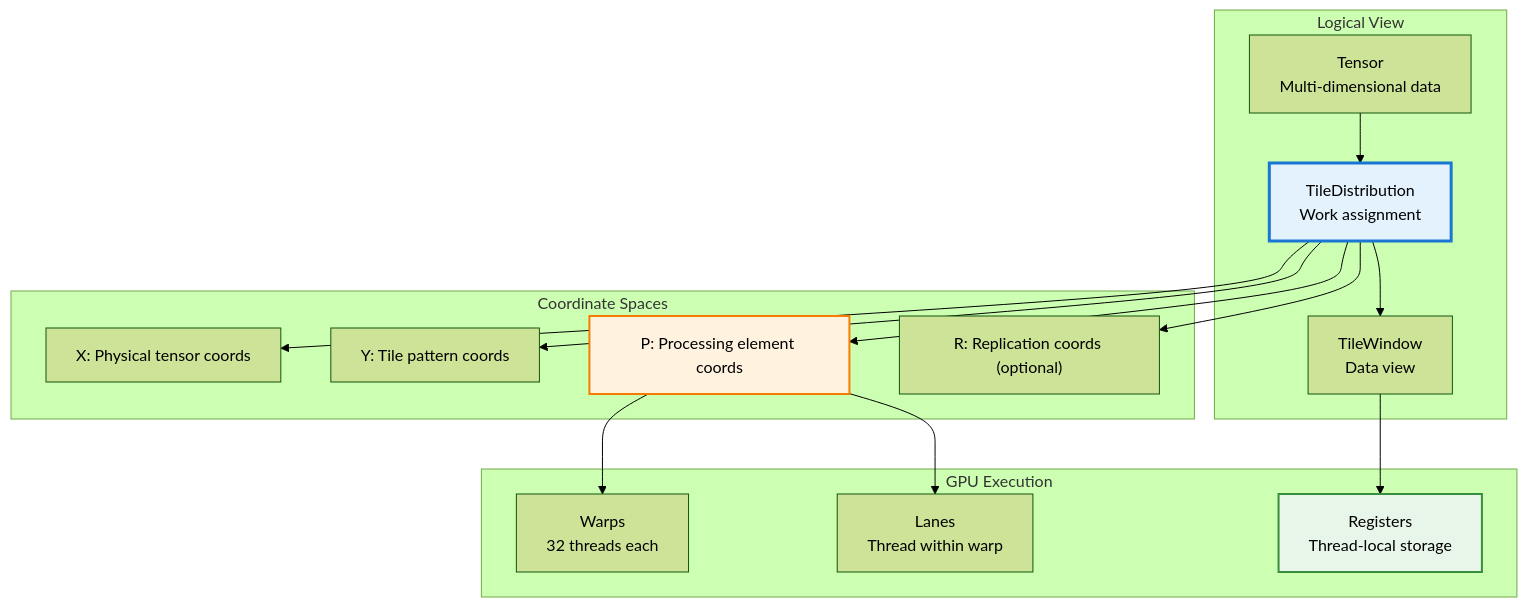
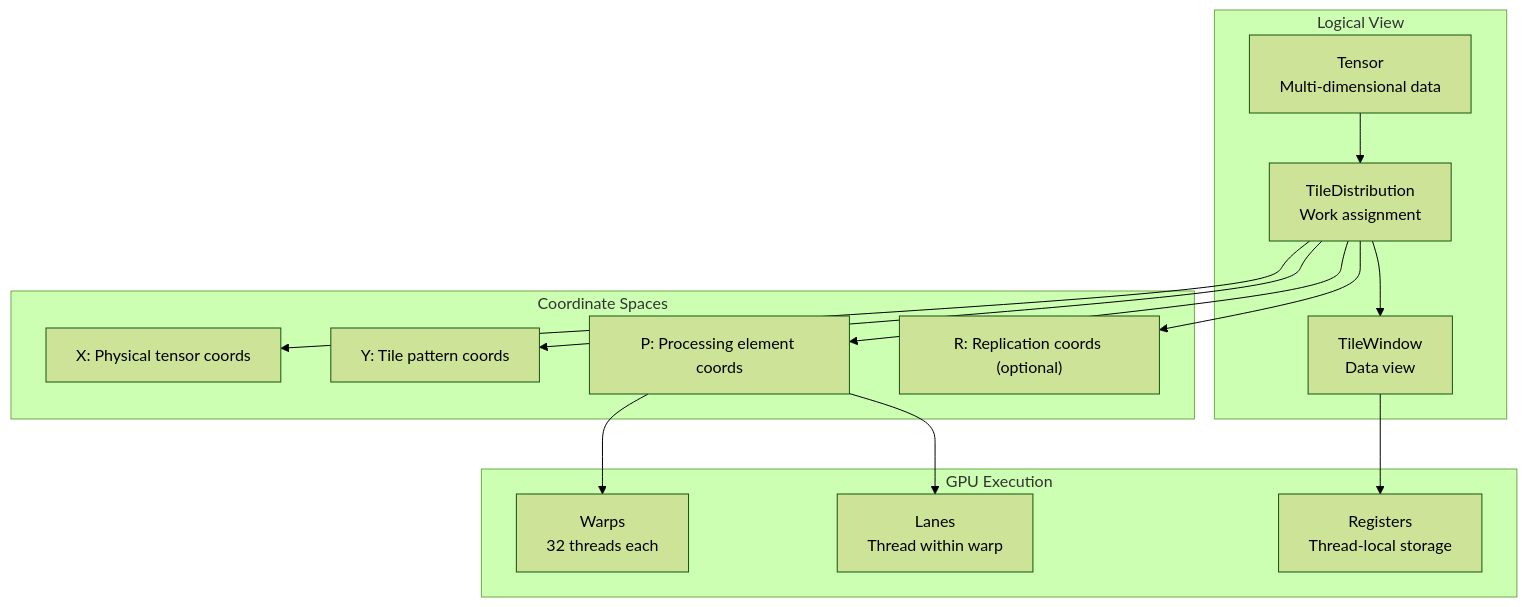
One commit to hdt98/rocm-libraries changed the first of 7 diagrams in projects/composablekernel/docs/conceptual/ck_tile/tile_distribution.rst. Above: the diagram before and after it, drawn with Mermaid (forest theme). The commit also changed other lines of this file and 21 other files, not shown here.

First line of the commit message:
[ck] Updated CK Tile documentation to use mermaid diagrams (#7955)

```diff
--- a/projects/composablekernel/docs/conceptual/ck_tile/tile_distribution.rst
+++ b/projects/composablekernel/docs/conceptual/ck_tile/tile_distribution.rst
@@ -25,37 +22,33 @@
-      .. mermaid::
-      
-         graph TB
-             subgraph "Logical View"
-                 T["Tensor<br/>Multi-dimensional data"]
-                 TD["TileDistribution<br/>Work assignment"]
-                 TW["TileWindow<br/>Data view"]
-             end
-   
-             subgraph "Coordinate Spaces"
-                 X["X: Physical tensor coords"]
-                 Y["Y: Tile pattern coords"]
-                 P["P: Processing element coords"]
-                 R["R: Replication coords (optional)"]
-             end
-   
-             subgraph "GPU Execution"
-                 W["Warps<br/>32 threads each"]
-                 L["Lanes<br/>Thread within warp"]
-                 REG["Registers<br/>Thread-local storage"]
-             end
-   
-             T --> TD
-             TD --> TW
-   
-             TD --> X
-             TD --> Y
-             TD --> P
-             TD --> R
-   
-             P --> W
-             P --> L
-             TW --> REG
-   
-             style TD fill:#e3f2fd,stroke:#1976d2,stroke-width:3px
-             style P fill:#fff3e0,stroke:#f57c00,stroke-width:2px
-             style REG fill:#e8f5e9,stroke:#388e3c,stroke-width:2px
+.. mermaid::
+
+   graph TB
+       subgraph "Logical View"
+           T["Tensor<br/>Multi-dimensional data"]
+           TD["TileDistribution<br/>Work assignment"]
+           TW["TileWindow<br/>Data view"]
+       end
+
+       subgraph "Coordinate Spaces"
+           X["X: Physical tensor coords"]
+           Y["Y: Tile pattern coords"]
+           P["P: Processing element coords"]
+           R["R: Replication coords (optional)"]
+       end
+
+       subgraph "GPU Execution"
+           W["Warps<br/>32 threads each"]
+           L["Lanes<br/>Thread within warp"]
+           REG["Registers<br/>Thread-local storage"]
+       end
+
+       T --> TD
+       TD --> TW
+
+       TD --> X
+       TD --> Y
+       TD --> P
+       TD --> R
+
+       P --> W
+       P --> L
+       TW --> REG
```
